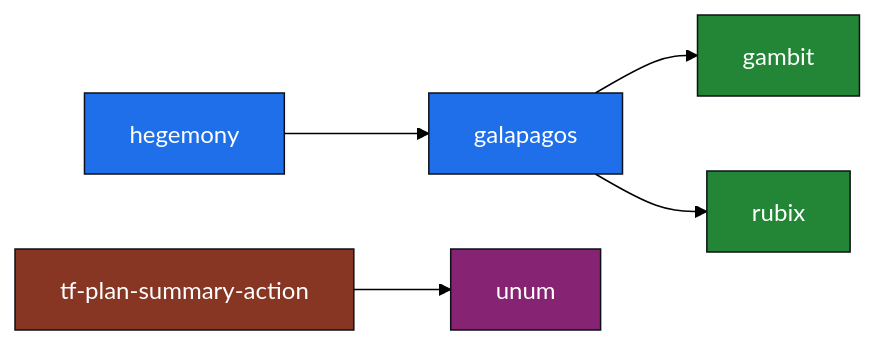
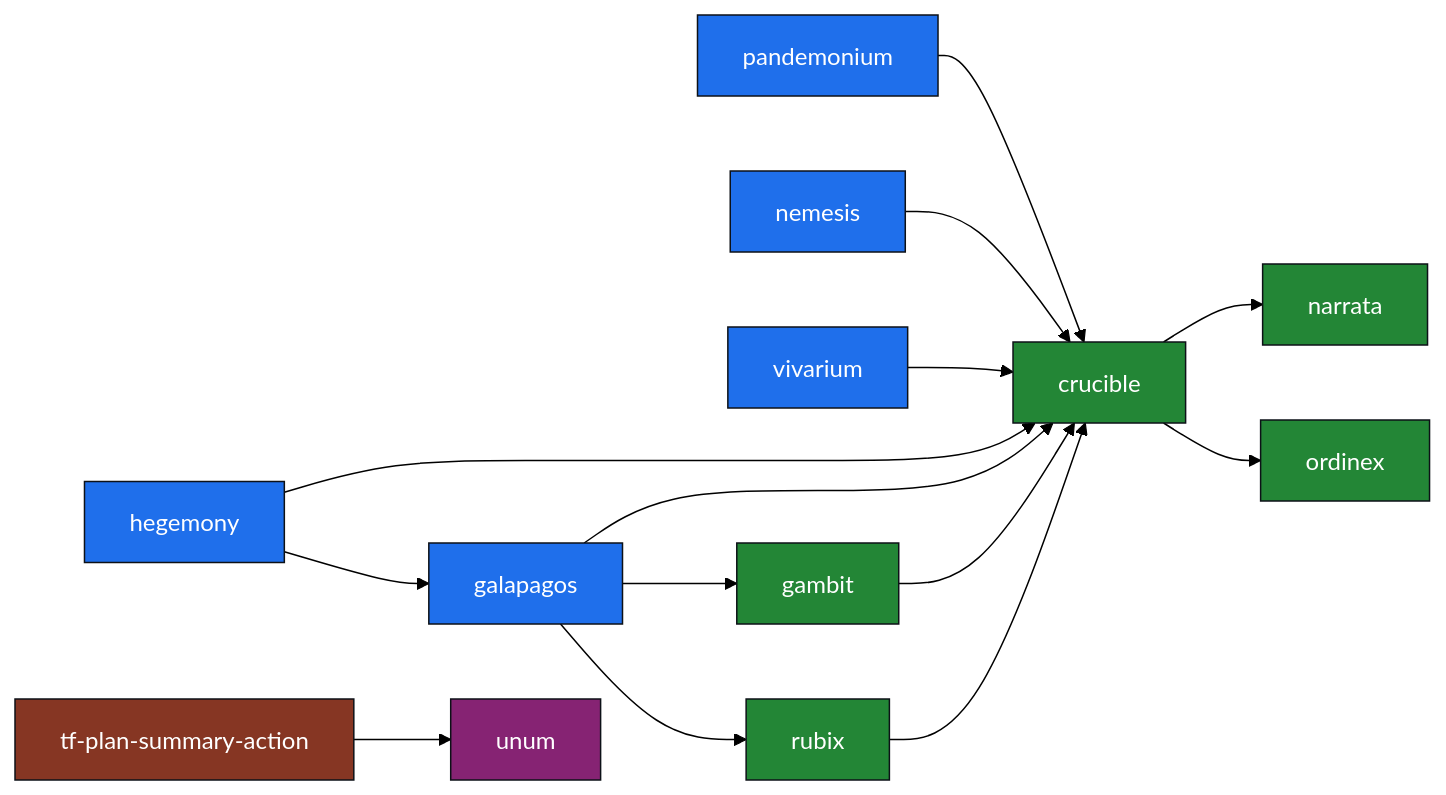
One commit to danielriddell21/danielriddell21 changed the diagram in README.md. Above: the diagram before and after it, drawn with Mermaid (forest theme). The commit also changed other lines of this file, not shown here.

````diff
--- a/README.md
+++ b/README.md
@@ -20,16 +20,27 @@
 ```mermaid
 flowchart LR
+    pandemonium --> crucible
+    nemesis --> crucible
+    vivarium --> crucible
+    galapagos --> crucible
+    hegemony --> crucible
+    gambit --> crucible
+    rubix --> crucible
+
+    crucible --> narrata
+    crucible --> ordinex
     hegemony --> galapagos
     galapagos --> gambit
     galapagos --> rubix
+
     tf-plan-summary-action --> unum
 
     classDef game fill:#1f6feb,stroke:#0d1117,color:#fff;
     classDef tool fill:#862373,stroke:#0d1117,color:#fff;
     classDef lib fill:#238636,stroke:#0d1117,color:#fff;
     classDef action fill:#863623,stroke:#0d1117,color:#fff;
-    class hegemony,galapagos game;
+    class pandemonium,nemesis,vivarium,galapagos,hegemony game;
     class unum tool;
-    class gambit,rubix lib;
+    class gambit,rubix,crucible,narrata,ordinex lib;
     class tf-plan-summary-action action;
 ```
````
